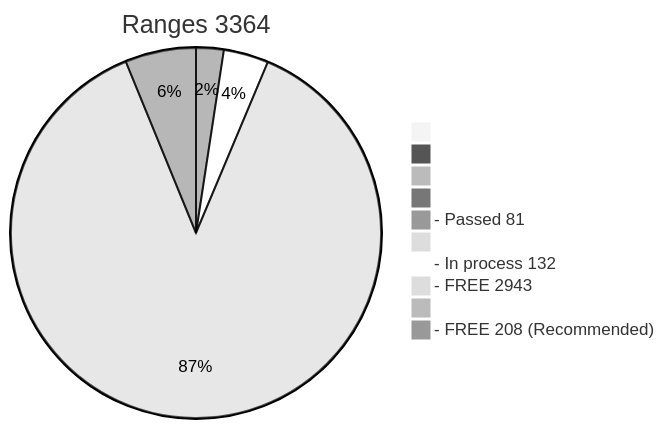
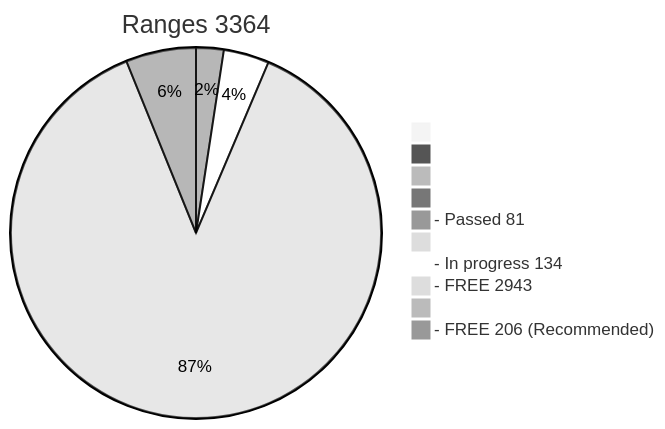
One commit to phrutis/wif500 changed the diagram in x64/Release/table.md. Above: the diagram before and after it, drawn with Mermaid (neutral theme). The commit also changed other lines of this file, not shown here.

````diff
--- a/x64/Release/table.md
+++ b/x64/Release/table.md
@@ -3,13 +3,13 @@
 ```mermaid
 pie title Ranges 3364
   " " : 0
   "  " : 0
   "   " : 0
   "    " : 0
   "- Passed 81" : 81
   "     " : 0
-  "- In process 132" : 132
+  "- In progress 134" : 134
   "- FREE 2943" : 2943
-  "      " : 1
-  "- FREE 208 (Recommended)" : 208
+  "      " : 0
+  "- FREE 206 (Recommended)" : 206
 ```
````
